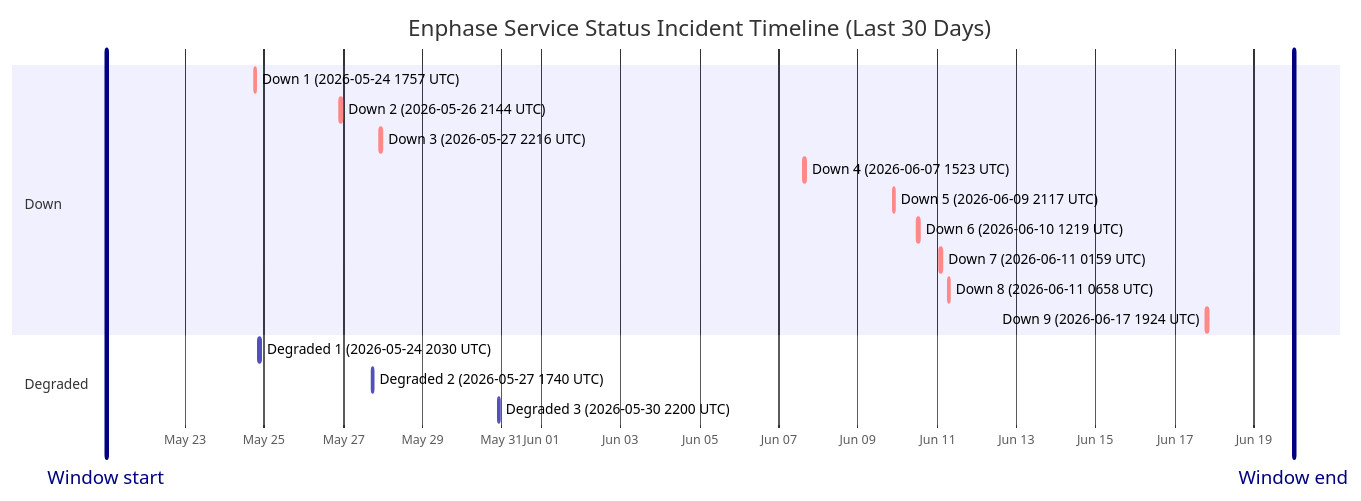
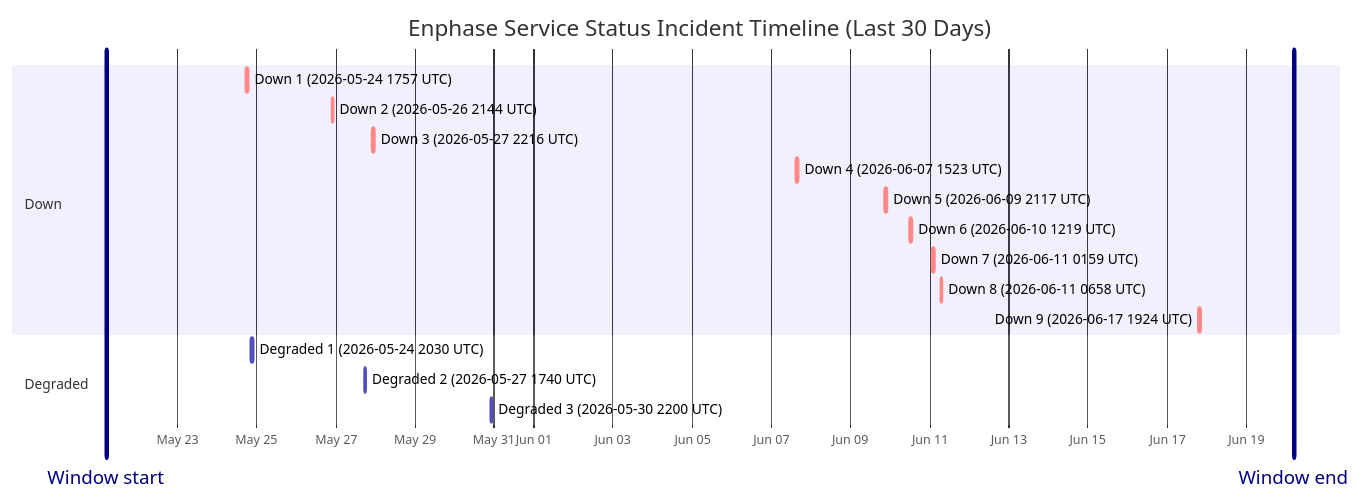
Before and after one commit to barneyonline/ha-enphase-energy: the diagram in wiki/Service-Status-History.md, drawn with Mermaid. The commit also changed other lines of this file and 3 other files, not shown here.

````diff
--- a/wiki/Service-Status-History.md
+++ b/wiki/Service-Status-History.md
@@ -14,22 +14,22 @@
 ```mermaid
 gantt
     title Enphase Service Status Incident Timeline (Last 30 Days)
     dateFormat  YYYY-MM-DDTHH:mm:ss
     axisFormat  %b %d
-    Window start :vert, window-start, 2026-05-21T00:08:19, 0ms
-    Window end :vert, window-end, 2026-06-20T00:08:19, 0ms
+    Window start :vert, window-start, 2026-05-21T04:50:29, 0ms
+    Window end :vert, window-end, 2026-06-20T04:50:29, 0ms
     section Down
     Down 1 (2026-05-24 1757 UTC) :crit, down-1, 2026-05-24T17:57:41, 86m
     Down 2 (2026-05-26 2144 UTC) :crit, down-2, 2026-05-26T21:44:11, 85m
     Down 3 (2026-05-27 2216 UTC) :crit, down-3, 2026-05-27T22:16:53, 87m
     Down 4 (2026-06-07 1523 UTC) :crit, down-4, 2026-06-07T15:23:22, 87m
     Down 5 (2026-06-09 2117 UTC) :crit, down-5, 2026-06-09T21:17:17, 60m
     Down 6 (2026-06-10 1219 UTC) :crit, down-6, 2026-06-10T12:19:21, 60m
     Down 7 (2026-06-11 0159 UTC) :crit, down-7, 2026-06-11T01:59:36, 60m
     Down 8 (2026-06-11 0658 UTC) :crit, down-8, 2026-06-11T06:58:45, 60m
     Down 9 (2026-06-17 1924 UTC) :crit, down-9, 2026-06-17T19:24:51, 60m
     section Degraded
     Degraded 1 (2026-05-24 2030 UTC) :active, degraded-1, 2026-05-24T20:30:57, 84m
     Degraded 2 (2026-05-27 1740 UTC) :active, degraded-2, 2026-05-27T17:40:52, 60m
     Degraded 3 (2026-05-30 2200 UTC) :active, degraded-3, 2026-05-30T22:00:37, 60m
 ```
````
